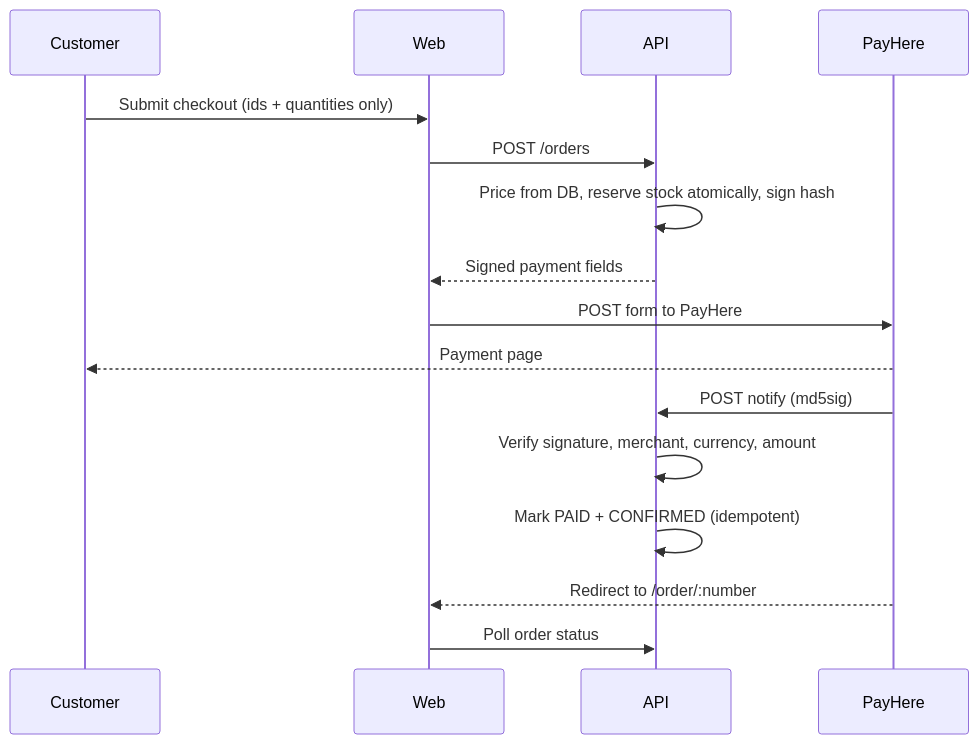
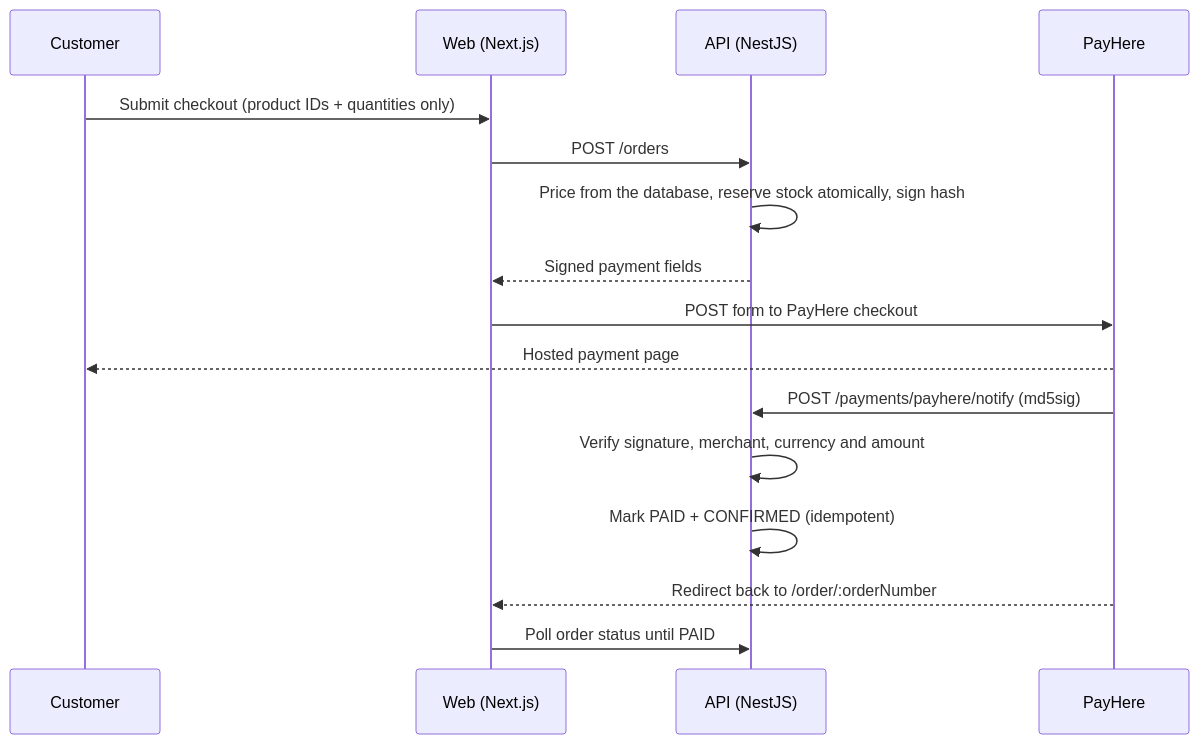
One commit to senura-medagoda/meal-rush-ordering-platform changed the third of 4 diagrams in README.md. Above: the diagram before and after it, drawn with Mermaid. The commit also changed other lines of this file, not shown here.

````diff
--- a/README.md
+++ b/README.md
@@ -70,18 +240,18 @@
 ```mermaid
 sequenceDiagram
   participant C as Customer
-  participant W as Web
-  participant A as API
+  participant W as Web (Next.js)
+  participant A as API (NestJS)
   participant P as PayHere
-  C->>W: Submit checkout (ids + quantities only)
+  C->>W: Submit checkout (product IDs + quantities only)
   W->>A: POST /orders
-  A->>A: Price from DB, reserve stock atomically, sign hash
+  A->>A: Price from the database, reserve stock atomically, sign hash
   A-->>W: Signed payment fields
-  W->>P: POST form to PayHere
-  P-->>C: Payment page
-  P->>A: POST notify (md5sig)
-  A->>A: Verify signature, merchant, currency, amount
+  W->>P: POST form to PayHere checkout
+  P-->>C: Hosted payment page
+  P->>A: POST /payments/payhere/notify (md5sig)
+  A->>A: Verify signature, merchant, currency and amount
   A->>A: Mark PAID + CONFIRMED (idempotent)
-  P-->>W: Redirect to /order/:number
-  W->>A: Poll order status
+  P-->>W: Redirect back to /order/:orderNumber
+  W->>A: Poll order status until PAID
 ```
````
